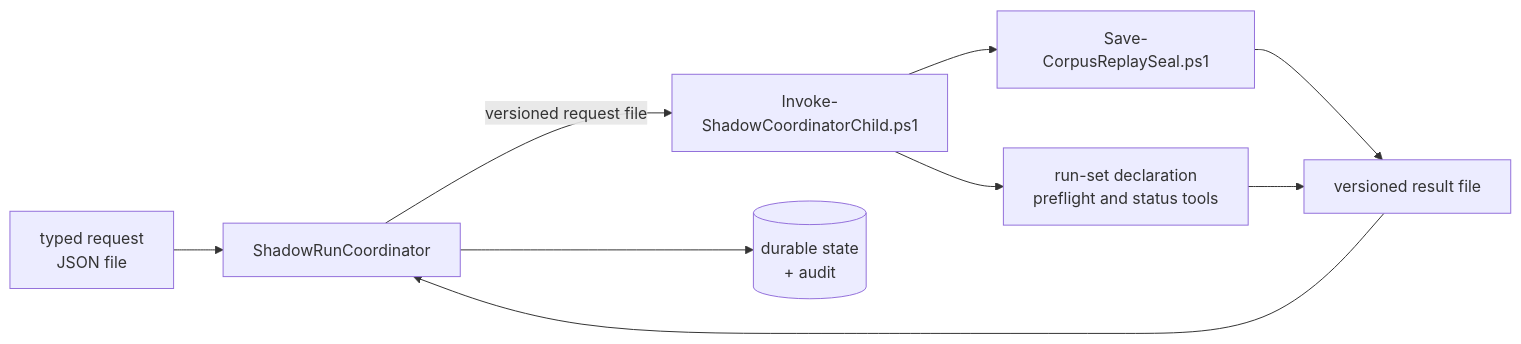
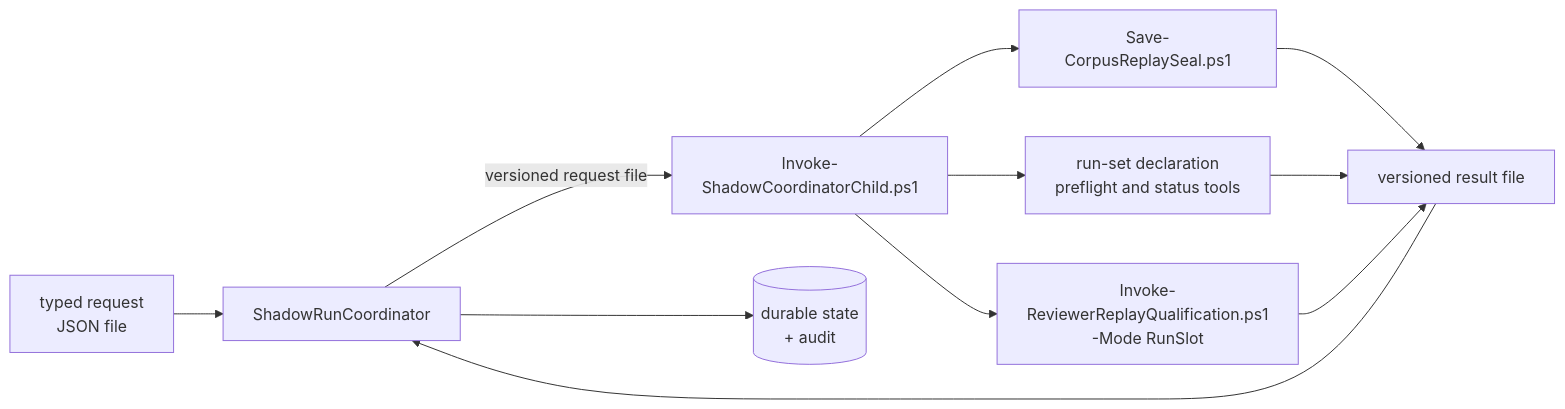
One commit to joerob-msft/devpilot-agents changed the diagram in docs/shadow-run-coordinator.md. Above: the diagram before and after it, drawn with Mermaid. The commit also changed other lines of this file and 13 other files, not shown here.

````diff
--- a/docs/shadow-run-coordinator.md
+++ b/docs/shadow-run-coordinator.md
@@ -28,11 +37,13 @@
 ```mermaid
 flowchart LR
     R[typed request<br/>JSON file] --> C[ShadowRunCoordinator]
     C -->|versioned request file| A[Invoke-ShadowCoordinatorChild.ps1]
     A --> T1[Save-CorpusReplaySeal.ps1]
     A --> T2[run-set declaration<br/>preflight and status tools]
+    A --> T3[Invoke-ReviewerReplayQualification.ps1<br/>-Mode RunSlot]
     T1 --> RF[versioned result file]
     T2 --> RF
+    T3 --> RF
     RF --> C
     C --> S[(durable state<br/>+ audit)]
 ```
````
